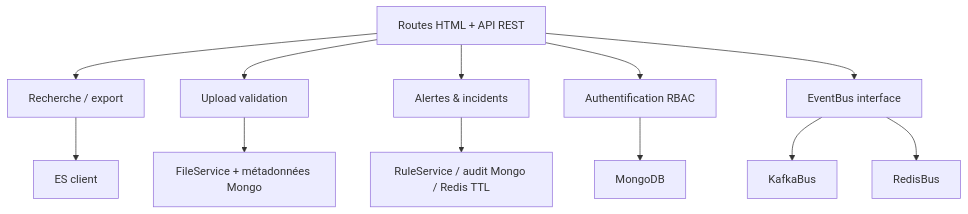
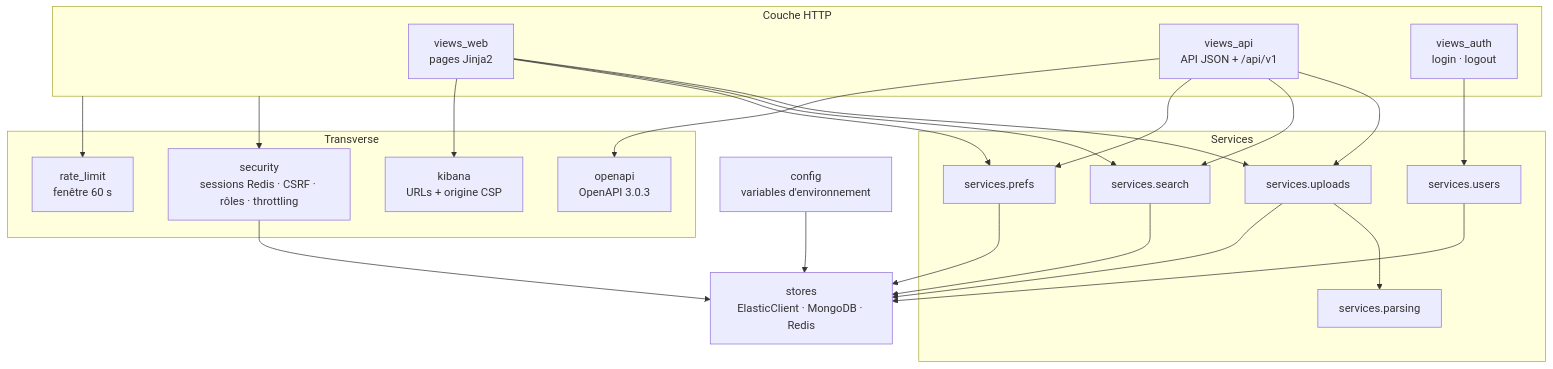
Before and after one commit to syrinemrf/CampusGuard: the fourth of 8 diagrams in docs/ARCHITECTURE.md, drawn with Mermaid. The commit also changed other lines of this file and 24 other files, not shown here.

First line of the commit message:
docs(s3): functional analysis v1.0, technical architecture v1.0, S3 status

````diff
--- a/docs/ARCHITECTURE.md
+++ b/docs/ARCHITECTURE.md
@@ -67,14 +120,31 @@
 ```mermaid
 flowchart TB
-Entry[Routes HTML + API REST] --> Search[Recherche / export]
-Entry --> Upload[Upload validation]
-Entry --> Incident[Alertes & incidents]
-Entry --> Auth[Authentification RBAC]
-Search --> ES[ES client]
-Upload --> Files[FileService + métadonnées Mongo]
-Incident --> Work[RuleService / audit Mongo / Redis TTL]
-Auth --> Mongo[MongoDB]
-Entry --> Bus[EventBus interface]
-Bus --> K[KafkaBus]
-Bus --> R[RedisBus]
+  subgraph HTTP[Couche HTTP]
+    Web[views_web<br/>pages Jinja2]
+    API[views_api<br/>API JSON + /api/v1]
+    Auth[views_auth<br/>login · logout]
+  end
+  subgraph Transverse
+    Sec[security<br/>sessions Redis · CSRF · rôles · throttling]
+    Rate[rate_limit<br/>fenêtre 60 s]
+    Spec[openapi<br/>OpenAPI 3.0.3]
+    Kib[kibana<br/>URLs + origine CSP]
+  end
+  subgraph Services
+    Upl[services.uploads]
+    Par[services.parsing]
+    Sea[services.search]
+    Usr[services.users]
+    Pre[services.prefs]
+  end
+  Cfg[config<br/>variables d'environnement]
+  St[stores<br/>ElasticClient · MongoDB · Redis]
+  Web --> Upl & Sea & Pre & Kib
+  API --> Upl & Sea & Pre & Spec
+  Auth --> Usr
+  Upl --> Par
+  Upl & Sea & Usr & Pre & Sec --> St
+  HTTP --> Sec
+  HTTP --> Rate
+  Cfg --> St
 ```
````
